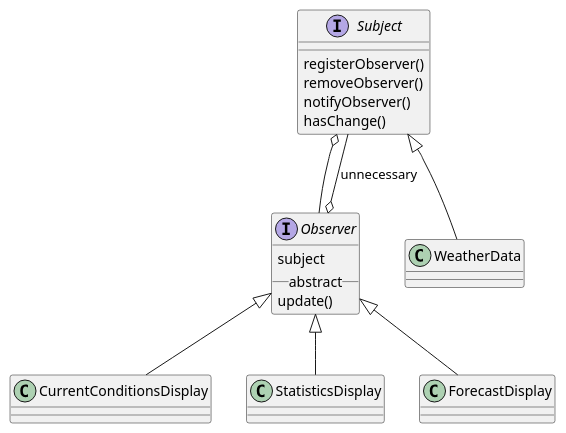
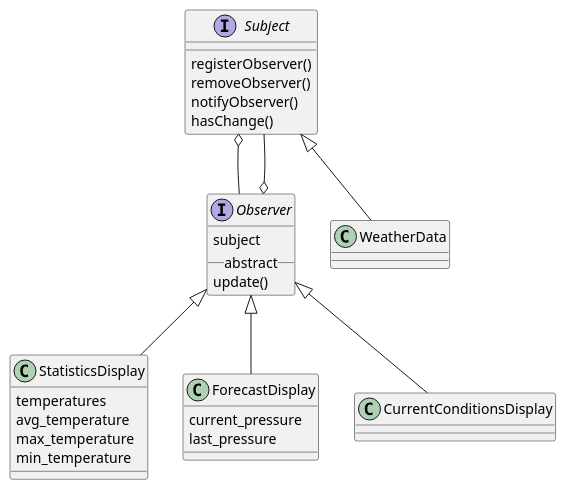
One commit to gama79530/DesignPattern changed the diagram in ObserverPattern/ObserverPattern.puml. Above: the diagram before and after it, drawn with PlantUML. The commit also changed 3 other files, not shown here.

```diff
--- a/ObserverPattern/ObserverPattern.puml
+++ b/ObserverPattern/ObserverPattern.puml
@@ -1,25 +1,38 @@
 @startuml
 
 interface Subject{
     registerObserver()
     removeObserver()
     notifyObserver()
     hasChange()
 }
 
 interface Observer{
     subject
     __ abstract __
     update()
 }
 
+class StatisticsDisplay{
+    temperatures
+    avg_temperature
+    max_temperature
+    min_temperature
+}
+
+class ForecastDisplay{
+    current_pressure
+    last_pressure
+}
+
+
 Subject <|-- WeatherData
 
 Observer <|-- CurrentConditionsDisplay
 Observer <|-- StatisticsDisplay
 Observer <|-- ForecastDisplay
 
 Subject o-- Observer
-Observer o-- Subject : unnecessary
+Observer o-- Subject
 
 @enduml
```
